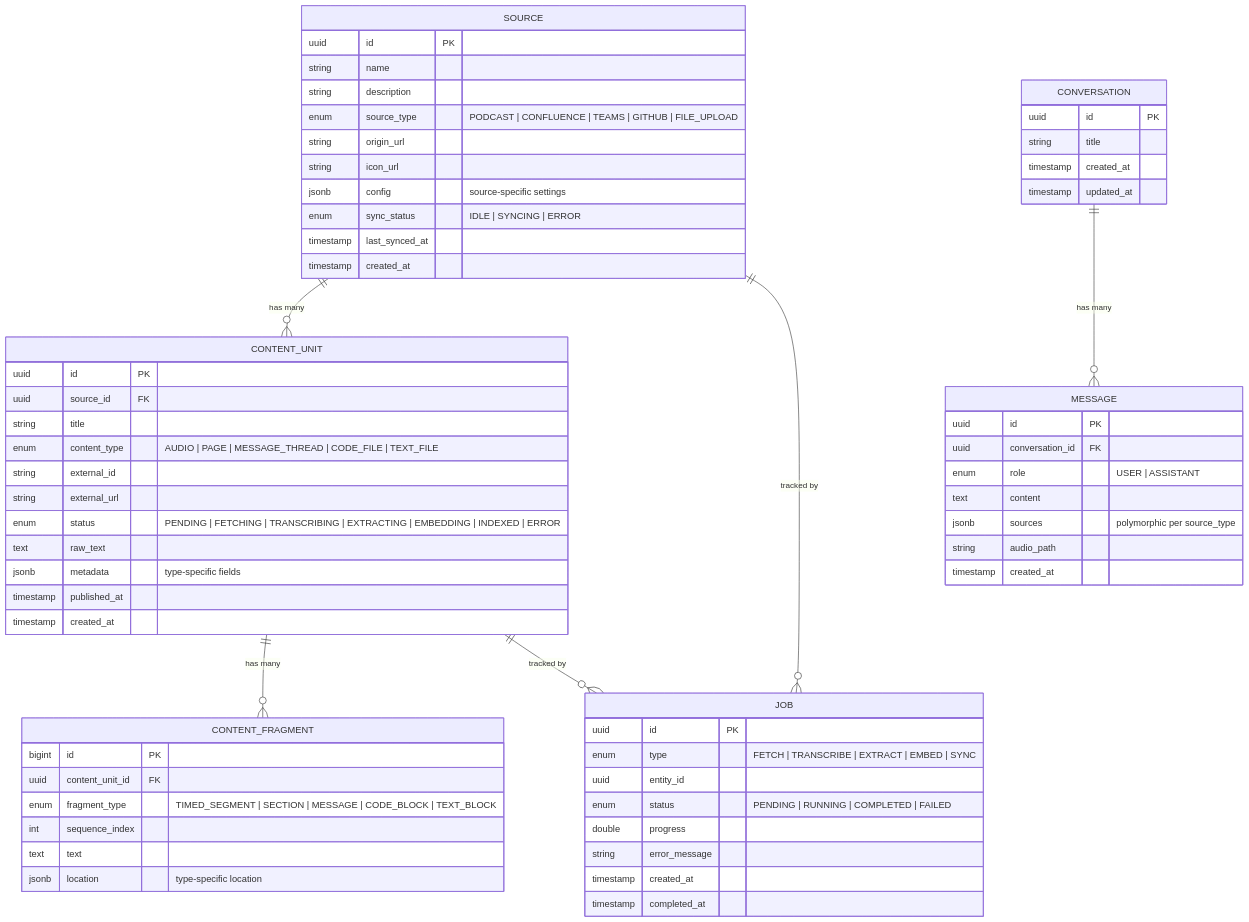
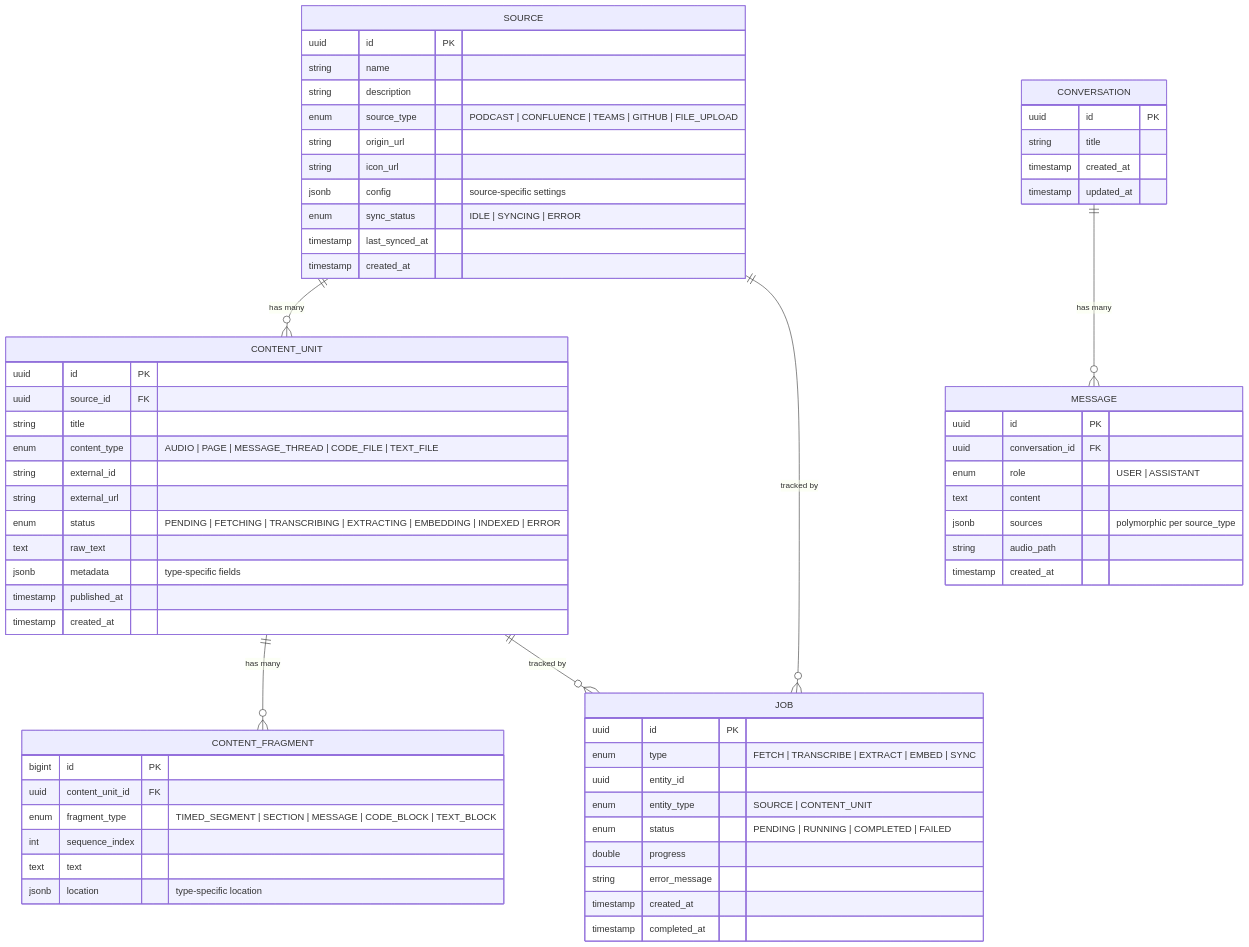
The sixth of 8 diagrams in docs/DIAGRAMS.md (jsohi/localloom), drawn with Mermaid before and after one commit. The commit also changed 2 other files, not shown here.

Commit message:
Address PR review: fix portability, lazy-load note, entity_type on Job
- Make gh command in CLAUDE.md portable with <OWNER>/<REPO> placeholders
- Add lazy-load note to raw_text field in ContentUnit (large doc concern)
- Add entity_type enum to Job for unambiguous polymorphic association
  (SOURCE | CONTENT_UNIT) in both ER diagram and data model description

````diff
--- a/docs/DIAGRAMS.md
+++ b/docs/DIAGRAMS.md
@@ -248,72 +248,73 @@
 ```mermaid
 erDiagram
     SOURCE ||--o{ CONTENT_UNIT : "has many"
     CONTENT_UNIT ||--o{ CONTENT_FRAGMENT : "has many"
     CONVERSATION ||--o{ MESSAGE : "has many"
     CONTENT_UNIT ||--o{ JOB : "tracked by"
     SOURCE ||--o{ JOB : "tracked by"
 
     SOURCE {
         uuid id PK
         string name
         string description
         enum source_type "PODCAST | CONFLUENCE | TEAMS | GITHUB | FILE_UPLOAD"
         string origin_url
         string icon_url
         jsonb config "source-specific settings"
         enum sync_status "IDLE | SYNCING | ERROR"
         timestamp last_synced_at
         timestamp created_at
     }
 
     CONTENT_UNIT {
         uuid id PK
         uuid source_id FK
         string title
         enum content_type "AUDIO | PAGE | MESSAGE_THREAD | CODE_FILE | TEXT_FILE"
         string external_id
         string external_url
         enum status "PENDING | FETCHING | TRANSCRIBING | EXTRACTING | EMBEDDING | INDEXED | ERROR"
         text raw_text
         jsonb metadata "type-specific fields"
         timestamp published_at
         timestamp created_at
     }
 
     CONTENT_FRAGMENT {
         bigint id PK
         uuid content_unit_id FK
         enum fragment_type "TIMED_SEGMENT | SECTION | MESSAGE | CODE_BLOCK | TEXT_BLOCK"
         int sequence_index
         text text
         jsonb location "type-specific location"
     }
 
     CONVERSATION {
         uuid id PK
         string title
         timestamp created_at
         timestamp updated_at
     }
 
     MESSAGE {
         uuid id PK
         uuid conversation_id FK
         enum role "USER | ASSISTANT"
         text content
         jsonb sources "polymorphic per source_type"
         string audio_path
         timestamp created_at
     }
 
     JOB {
         uuid id PK
         enum type "FETCH | TRANSCRIBE | EXTRACT | EMBED | SYNC"
         uuid entity_id
+        enum entity_type "SOURCE | CONTENT_UNIT"
         enum status "PENDING | RUNNING | COMPLETED | FAILED"
         double progress
         string error_message
         timestamp created_at
         timestamp completed_at
     }
 ```
````
